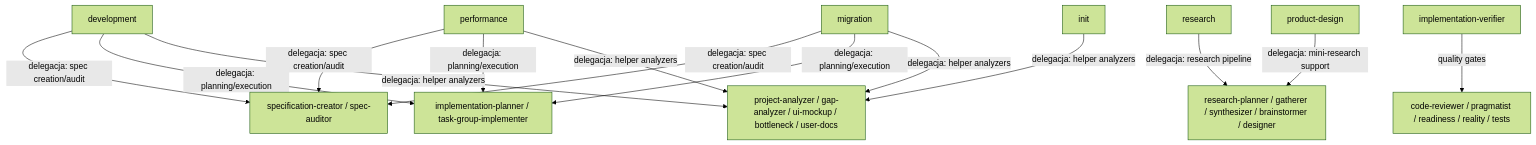
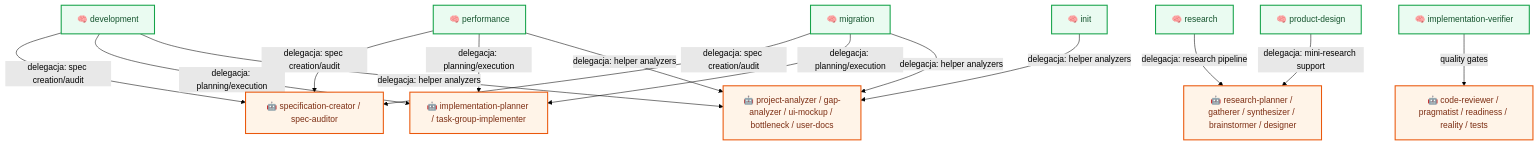
Before and after one commit to plucins/flowbit: the sixth of 7 diagrams in docs/flow/overview.md, drawn with Mermaid (forest theme). The commit also changed other lines of this file and 1 other file, not shown here.

Commit message:
Enhance mermaid diagrams with icons and improved formatting in overview and workflows documentation

````diff
--- a/docs/flow/overview.md
+++ b/docs/flow/overview.md
@@ -129,20 +161,25 @@
 ```mermaid
 graph TD
-  S_DEV["development"] -- "delegacja: spec creation/audit" --> A_SPEC["specification-creator / spec-auditor"]
-  S_PERF["performance"] -- "delegacja: spec creation/audit" --> A_SPEC
-  S_MIG["migration"] -- "delegacja: spec creation/audit" --> A_SPEC
+  S_DEV["🧠 development"] -- "delegacja: spec creation/audit" --> A_SPEC["🤖 specification-creator / spec-auditor"]
+  S_PERF["🧠 performance"] -- "delegacja: spec creation/audit" --> A_SPEC
+  S_MIG["🧠 migration"] -- "delegacja: spec creation/audit" --> A_SPEC
 
-  S_DEV -- "delegacja: planning/execution" --> A_PLAN["implementation-planner / task-group-implementer"]
+  S_DEV -- "delegacja: planning/execution" --> A_PLAN["🤖 implementation-planner / task-group-implementer"]
   S_PERF -- "delegacja: planning/execution" --> A_PLAN
   S_MIG -- "delegacja: planning/execution" --> A_PLAN
 
-  S_RES["research"] -- "delegacja: research pipeline" --> A_RESEARCH["research-planner / gatherer / synthesizer / brainstormer / designer"]
-  S_PD["product-design"] -- "delegacja: mini-research support" --> A_RESEARCH
+  S_RES["🧠 research"] -- "delegacja: research pipeline" --> A_RESEARCH["🤖 research-planner / gatherer / synthesizer / brainstormer / designer"]
+  S_PD["🧠 product-design"] -- "delegacja: mini-research support" --> A_RESEARCH
 
-  S_IMPL_VER["implementation-verifier"] -- "quality gates" --> A_QUALITY["code-reviewer / pragmatist / readiness / reality / tests"]
+  S_IMPL_VER["🧠 implementation-verifier"] -- "quality gates" --> A_QUALITY["🤖 code-reviewer / pragmatist / readiness / reality / tests"]
 
-  S_INIT["init"] -- "delegacja: helper analyzers" --> A_OTHER["project-analyzer / gap-analyzer / ui-mockup / bottleneck / user-docs"]
+  S_INIT["🧠 init"] -- "delegacja: helper analyzers" --> A_OTHER["🤖 project-analyzer / gap-analyzer / ui-mockup / bottleneck / user-docs"]
   S_DEV -- "delegacja: helper analyzers" --> A_OTHER
   S_PERF -- "delegacja: helper analyzers" --> A_OTHER
   S_MIG -- "delegacja: helper analyzers" --> A_OTHER
+
+  classDef skill fill:#EAFBF1,stroke:#16A34A,stroke-width:2px,color:#14532D;
+  classDef agent fill:#FFF4E8,stroke:#EA580C,stroke-width:2px,color:#7C2D12;
+  class S_DEV,S_PERF,S_MIG,S_RES,S_PD,S_IMPL_VER,S_INIT skill;
+  class A_SPEC,A_PLAN,A_RESEARCH,A_QUALITY,A_OTHER agent;
 ```
````
